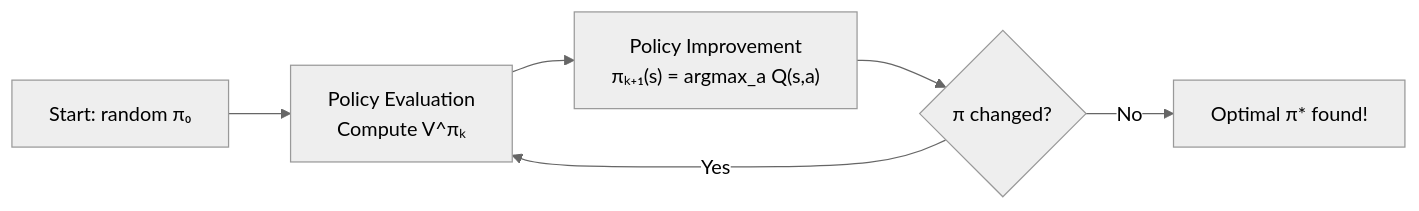
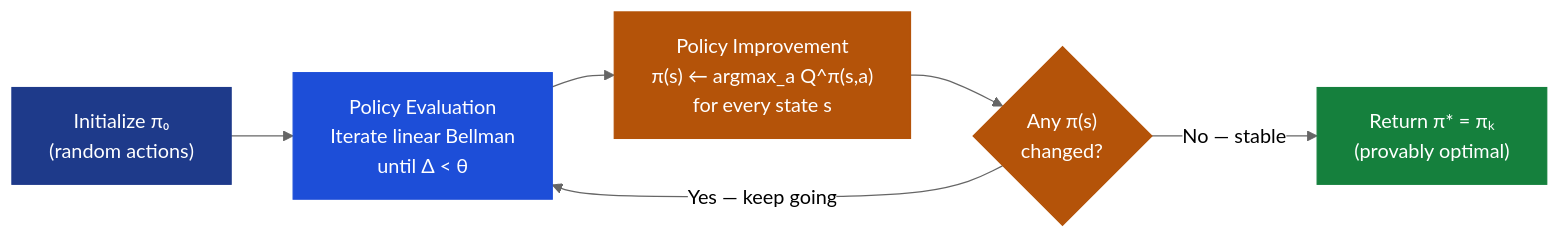
Before and after one commit to deepakshamsft/ai-portfolio: the third of 4 diagrams in notes/01-ml/06_reinforcement_learning/ch02_dynamic_programming/README.md, drawn with Mermaid (neutral theme). The commit also changed other lines of this file and 727 other files, not shown here.

````diff
--- a/notes/01-ml/06_reinforcement_learning/ch02_dynamic_programming/README.md
+++ b/notes/01-ml/06_reinforcement_learning/ch02_dynamic_programming/README.md
@@ -246,8 +715,15 @@
 ```mermaid
 flowchart LR
-    A["Start: random π₀"] --> B["Policy Evaluation<br/>Compute V^πₖ"]
-    B --> C["Policy Improvement<br/>πₖ₊₁(s) = argmax_a Q(s,a)"]
-    C --> D{"π changed?"}
-    D -->|"Yes"| B
-    D -->|"No"| E["Optimal π* found!"]
+    I["Initialize π₀\n(random actions)"]:::primary --> PE
+    PE["Policy Evaluation\nIterate linear Bellman\nuntil Δ < θ"]:::info --> PI
+    PI["Policy Improvement\nπ(s) ← argmax_a Q^π(s,a)\nfor every state s"]:::caution --> CHK
+    CHK{"Any π(s)\nchanged?"}:::caution --> |"Yes — keep going"| PE
+    CHK --> |"No — stable"| DONE
+    DONE["Return π* = πₖ\n(provably optimal)"]:::success
+
+    classDef primary fill:#1e3a8a,color:#fff,stroke:#1e3a8a
+    classDef success fill:#15803d,color:#fff,stroke:#15803d
+    classDef caution fill:#b45309,color:#fff,stroke:#b45309
+    classDef danger  fill:#b91c1c,color:#fff,stroke:#b91c1c
+    classDef info    fill:#1d4ed8,color:#fff,stroke:#1d4ed8
 ```
````
